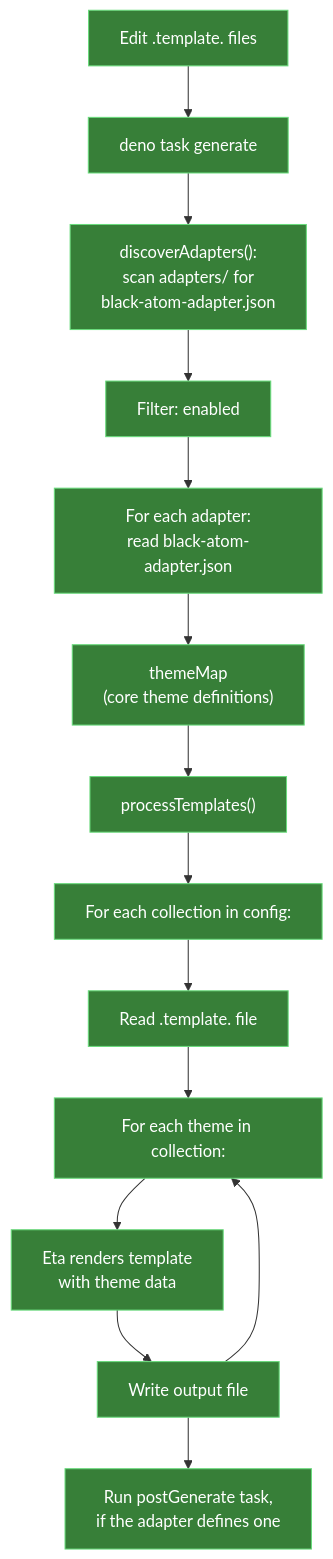
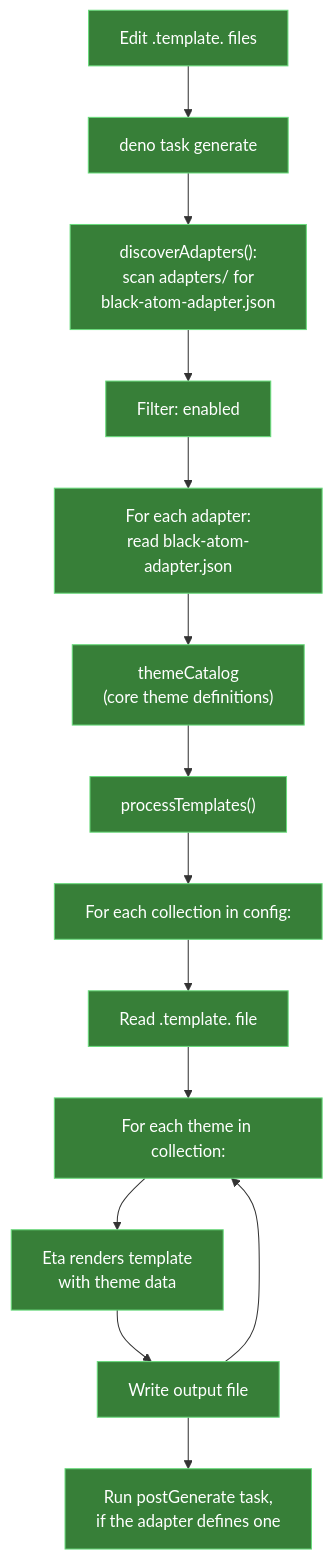
The diagram in core/docs/adapter-generation-architecture.md (nikbrunner/black-atom), drawn with Mermaid before and after one commit. The commit also changed 150 other files, not shown here.

First line of the commit message:
refactor(core): establish typed theme catalog black-atom-industries/livery#68

````diff
--- a/core/docs/adapter-generation-architecture.md
+++ b/core/docs/adapter-generation-architecture.md
@@ -12,30 +12,30 @@
 ```mermaid
 flowchart TD
     A["Edit .template. files"] --> B["deno task generate"]
     B --> C["discoverAdapters():<br/>scan adapters/ for<br/>black-atom-adapter.json"]
     C --> D["Filter: enabled"]
     D --> E["For each adapter:<br/>read black-atom-adapter.json"]
-    E --> F["themeMap<br/>(core theme definitions)"]
+    E --> F["themeCatalog<br/>(core theme definitions)"]
     F --> G["processTemplates()"]
     G --> H["For each collection in config:"]
     H --> I["Read .template. file"]
     I --> J["For each theme in collection:"]
     J --> K["Eta renders template<br/>with theme data"]
     K --> L["Write output file"]
     L --> J
     L --> M["Run postGenerate task,<br/>if the adapter defines one"]
 
     style A fill:#377f38,stroke:#69db7c,color:#fff
     style B fill:#377f38,stroke:#69db7c,color:#fff
     style C fill:#377f38,stroke:#69db7c,color:#fff
     style D fill:#377f38,stroke:#69db7c,color:#fff
     style E fill:#377f38,stroke:#69db7c,color:#fff
     style F fill:#377f38,stroke:#69db7c,color:#fff
     style G fill:#377f38,stroke:#69db7c,color:#fff
     style H fill:#377f38,stroke:#69db7c,color:#fff
     style I fill:#377f38,stroke:#69db7c,color:#fff
     style J fill:#377f38,stroke:#69db7c,color:#fff
     style K fill:#377f38,stroke:#69db7c,color:#fff
     style L fill:#377f38,stroke:#69db7c,color:#fff
     style M fill:#377f38,stroke:#69db7c,color:#fff
 ```
````
